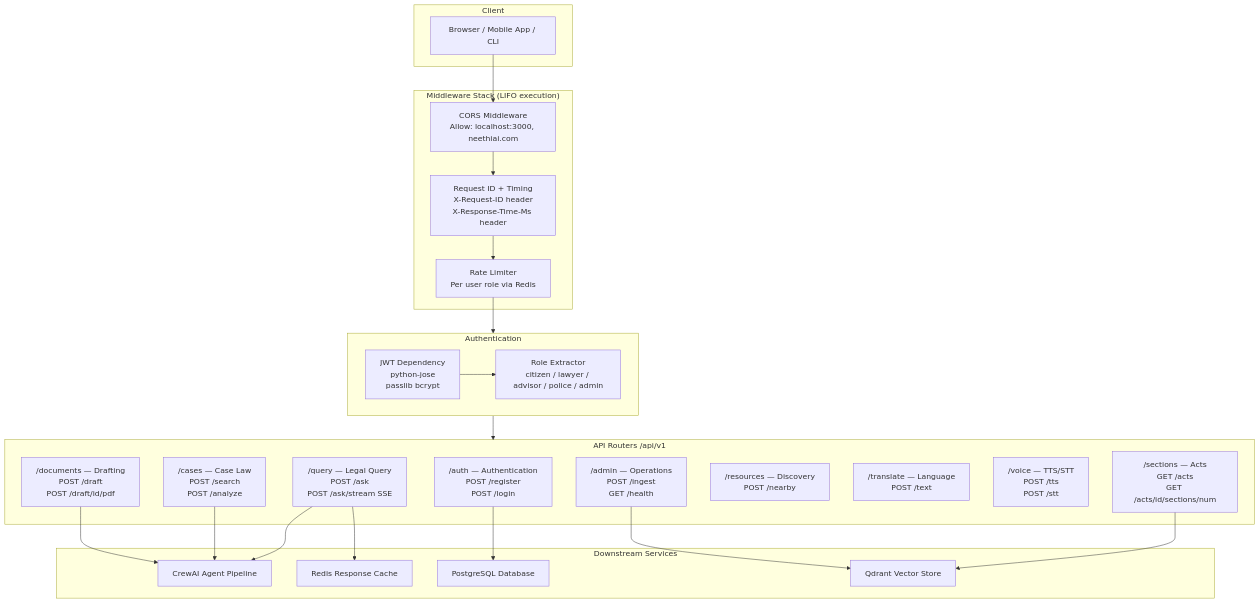
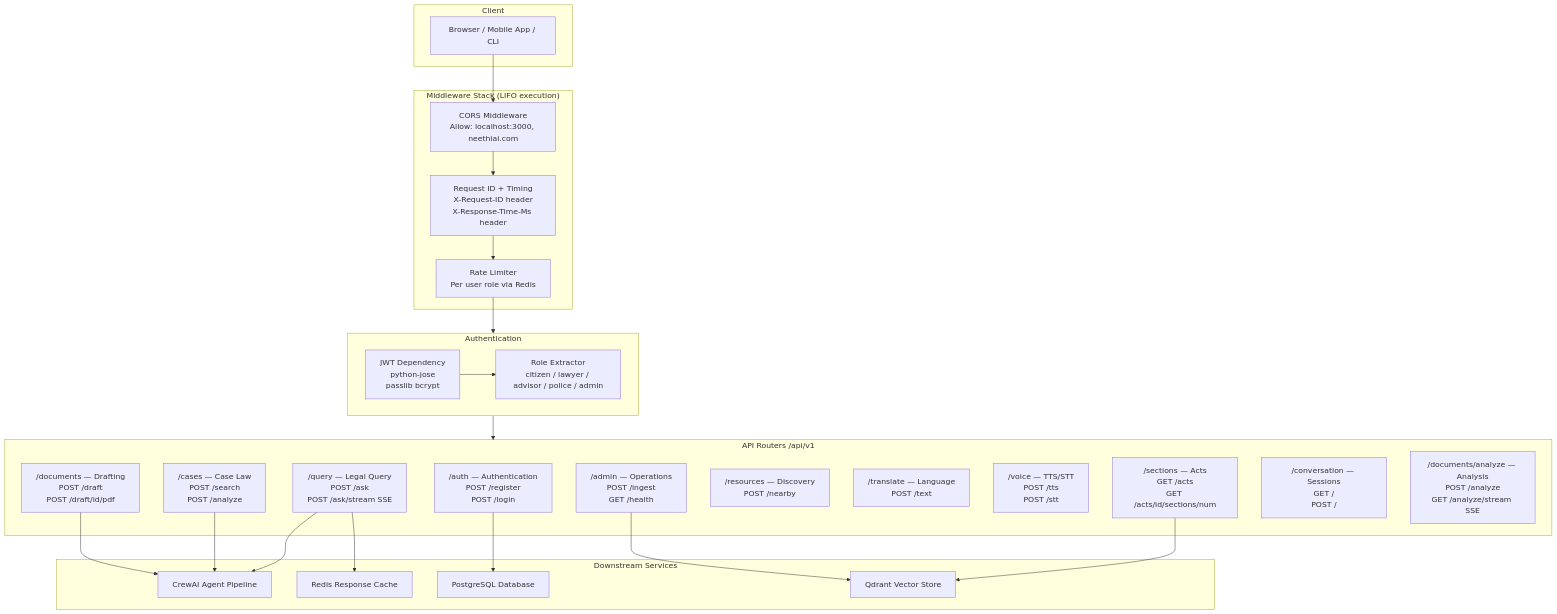
Before and after one commit to SachinASIET26/Neethi: the first of 2 diagrams in docs/architecture/05_api_routing.md, drawn with Mermaid. The commit also changed other lines of this file and 12 other files, not shown here.

````diff
--- a/docs/architecture/05_api_routing.md
+++ b/docs/architecture/05_api_routing.md
@@ -7,50 +7,52 @@
 ```mermaid
 graph TD
     subgraph CLIENT["Client"]
         C[Browser / Mobile App / CLI]
     end
 
     subgraph MIDDLEWARE["Middleware Stack (LIFO execution)"]
         M1[CORS Middleware\nAllow: localhost:3000, neethiai.com]
         M2[Request ID + Timing\nX-Request-ID header\nX-Response-Time-Ms header]
         M3[Rate Limiter\nPer user role via Redis]
     end
 
     subgraph AUTH["Authentication"]
         JWT[JWT Dependency\npython-jose\npasslib bcrypt]
         ROLE[Role Extractor\ncitizen / lawyer / advisor / police / admin]
         JWT --> ROLE
     end
 
     subgraph ROUTERS["API Routers /api/v1"]
         R1["/auth — Authentication\nPOST /register\nPOST /login"]
         R2["/query — Legal Query\nPOST /ask\nPOST /ask/stream SSE"]
         R3["/cases — Case Law\nPOST /search\nPOST /analyze"]
         R4["/documents — Drafting\nPOST /draft\nPOST /draft/id/pdf"]
         R5["/sections — Acts\nGET /acts\nGET /acts/id/sections/num"]
         R6["/resources — Discovery\nPOST /nearby"]
         R7["/translate — Language\nPOST /text"]
         R8["/voice — TTS/STT\nPOST /tts\nPOST /stt"]
         R9["/admin — Operations\nPOST /ingest\nGET /health"]
+        R10["/conversation — Sessions\nGET /\nPOST /"]
+        R11["/documents/analyze — Analysis\nPOST /analyze\nGET /analyze/stream SSE"]
     end
 
     subgraph SERVICES["Downstream Services"]
         CREW[CrewAI Agent Pipeline]
         CACHE[Redis Response Cache]
         DB[PostgreSQL Database]
         QDRANT[Qdrant Vector Store]
     end
 
     C --> M1
     M1 --> M2
     M2 --> M3
     M3 --> AUTH
     AUTH --> ROUTERS
     R2 --> CREW
     R2 --> CACHE
     R1 --> DB
     R3 --> CREW
     R4 --> CREW
     R5 --> QDRANT
     R9 --> QDRANT
 ```
````
